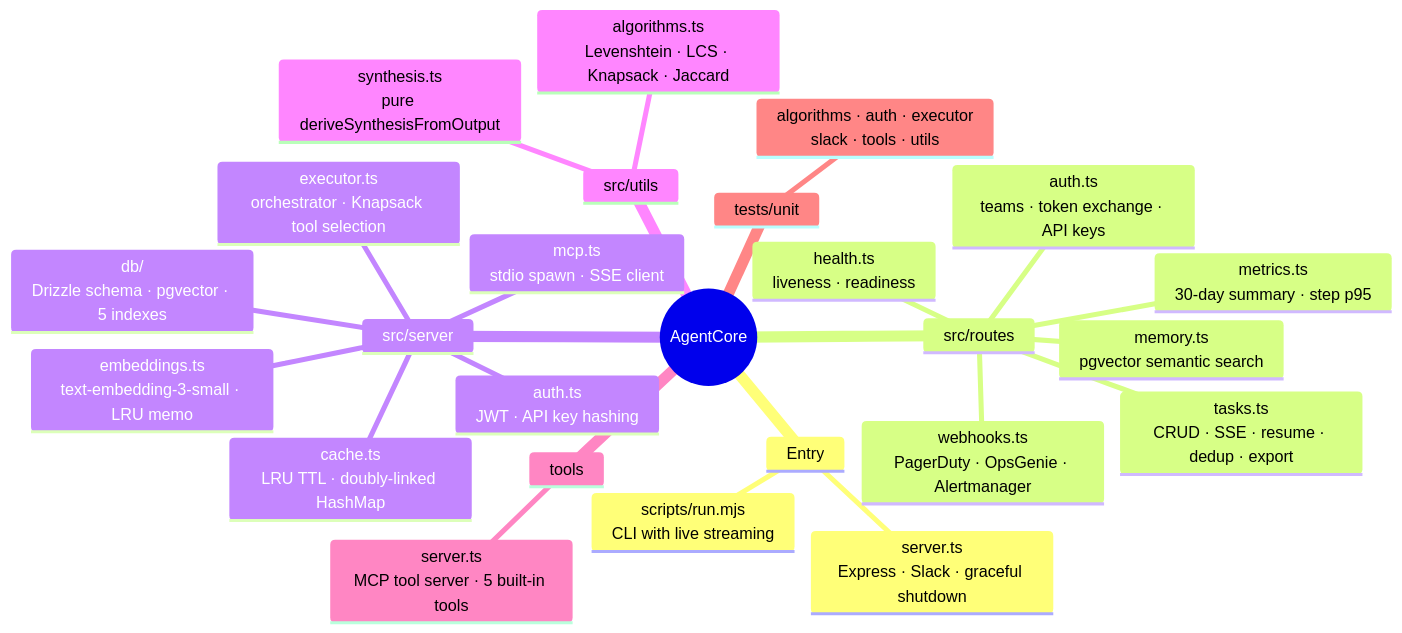
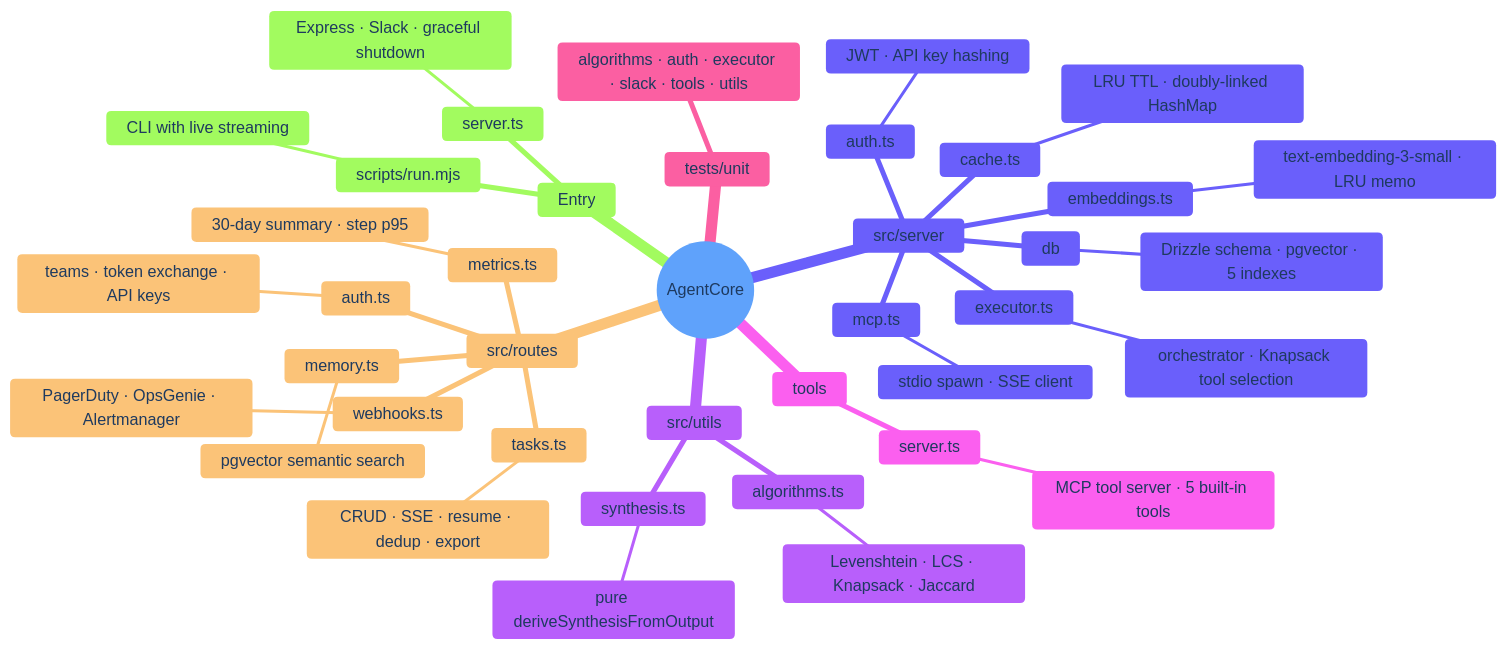
One commit to theprodsde/agentcore changed the second of 2 diagrams in README.md. Above: the diagram before and after it, drawn with Mermaid. The commit also changed other lines of this file, not shown here.

````diff
--- a/README.md
+++ b/README.md
@@ -361,28 +350,51 @@
 ```mermaid
+%%{init: {'theme': 'base', 'themeVariables': {
+  'primaryColor': '#dbeafe',
+  'primaryTextColor': '#1e3a5f',
+  'primaryBorderColor': '#3b82f6',
+  'lineColor': '#64748b',
+  'clusterBkg': '#f8fafc',
+  'clusterBorder': '#cbd5e1'
+}}}%%
 mindmap
   root((AgentCore))
     Entry
-      server.ts<br/>Express · Slack · graceful shutdown
-      scripts/run.mjs<br/>CLI with live streaming
+      server.ts
+        Express · Slack · graceful shutdown
+      scripts/run.mjs
+        CLI with live streaming
     src/routes
-      tasks.ts<br/>CRUD · SSE · resume · dedup · export
-      auth.ts<br/>teams · token exchange · API keys
-      memory.ts<br/>pgvector semantic search
-      metrics.ts<br/>30-day summary · step p95
-      webhooks.ts<br/>PagerDuty · OpsGenie · Alertmanager
-      health.ts<br/>liveness · readiness
+      tasks.ts
+        CRUD · SSE · resume · dedup · export
+      auth.ts
+        teams · token exchange · API keys
+      memory.ts
+        pgvector semantic search
+      metrics.ts
+        30-day summary · step p95
+      webhooks.ts
+        PagerDuty · OpsGenie · Alertmanager
     src/server
-      executor.ts<br/>orchestrator · Knapsack tool selection
-      auth.ts<br/>JWT · API key hashing
-      mcp.ts<br/>stdio spawn · SSE client
-      cache.ts<br/>LRU TTL · doubly-linked HashMap
-      embeddings.ts<br/>text-embedding-3-small · LRU memo
-      db/<br/>Drizzle schema · pgvector · 5 indexes
+      executor.ts
+        orchestrator · Knapsack tool selection
+      auth.ts
+        JWT · API key hashing
+      mcp.ts
+        stdio spawn · SSE client
+      cache.ts
+        LRU TTL · doubly-linked HashMap
+      embeddings.ts
+        text-embedding-3-small · LRU memo
+      db
+        Drizzle schema · pgvector · 5 indexes
     src/utils
-      algorithms.ts<br/>Levenshtein · LCS · Knapsack · Jaccard
-      synthesis.ts<br/>pure deriveSynthesisFromOutput
+      algorithms.ts
+        Levenshtein · LCS · Knapsack · Jaccard
+      synthesis.ts
+        pure deriveSynthesisFromOutput
     tools
-      server.ts<br/>MCP tool server · 5 built-in tools
+      server.ts
+        MCP tool server · 5 built-in tools
     tests/unit
-      algorithms · auth · executor<br/>slack · tools · utils
+      algorithms · auth · executor · slack · tools · utils
 ```
````
